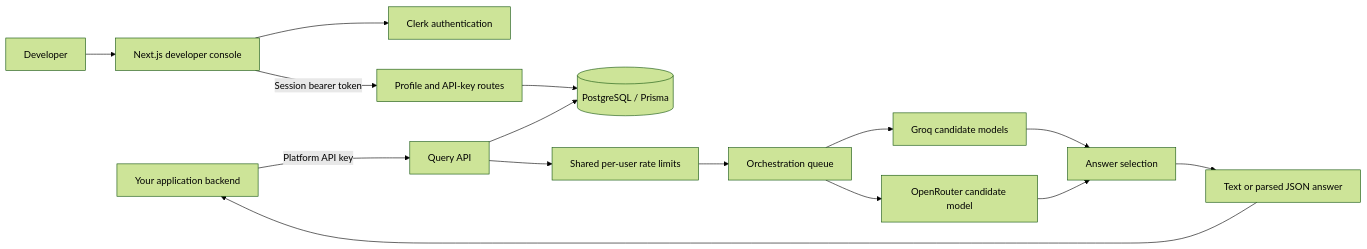
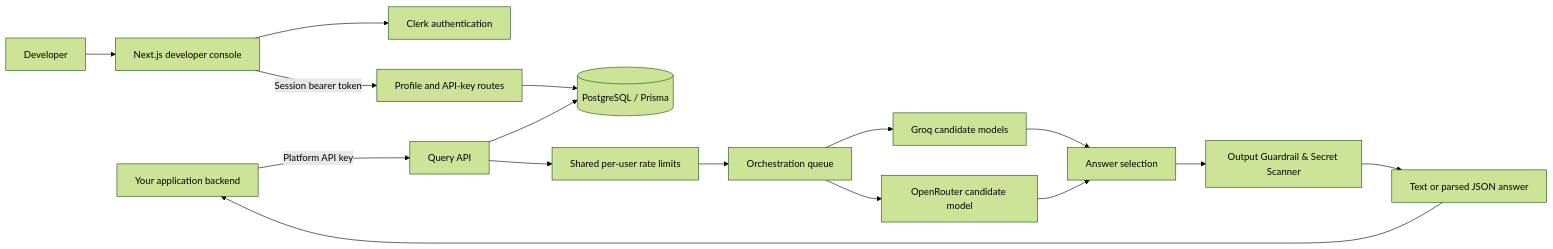
Before and after one commit to subhamoydatta703/AI-Inference-Platform: the first of 2 diagrams in README.md, drawn with Mermaid (forest theme). The commit also changed other lines of this file and 6 other files, not shown here.

````diff
--- a/README.md
+++ b/README.md
@@ -44,17 +45,18 @@
 ```mermaid
 flowchart LR
     Developer[Developer] --> Console[Next.js developer console]
     Console --> Clerk[Clerk authentication]
     Console -->|Session bearer token| Account[Profile and API-key routes]
     Account --> DB[(PostgreSQL / Prisma)]
     App[Your application backend] -->|Platform API key| Query[Query API]
     Query --> DB
     Query --> Limits[Shared per-user rate limits]
     Limits --> Queue[Orchestration queue]
     Queue --> Groq[Groq candidate models]
     Queue --> OpenRouter[OpenRouter candidate model]
     Groq --> Selection[Answer selection]
     OpenRouter --> Selection
-    Selection --> Result[Text or parsed JSON answer]
+    Selection --> Guardrail[Output Guardrail & Secret Scanner]
+    Guardrail --> Result[Text or parsed JSON answer]
     Result --> App
 ```
````
